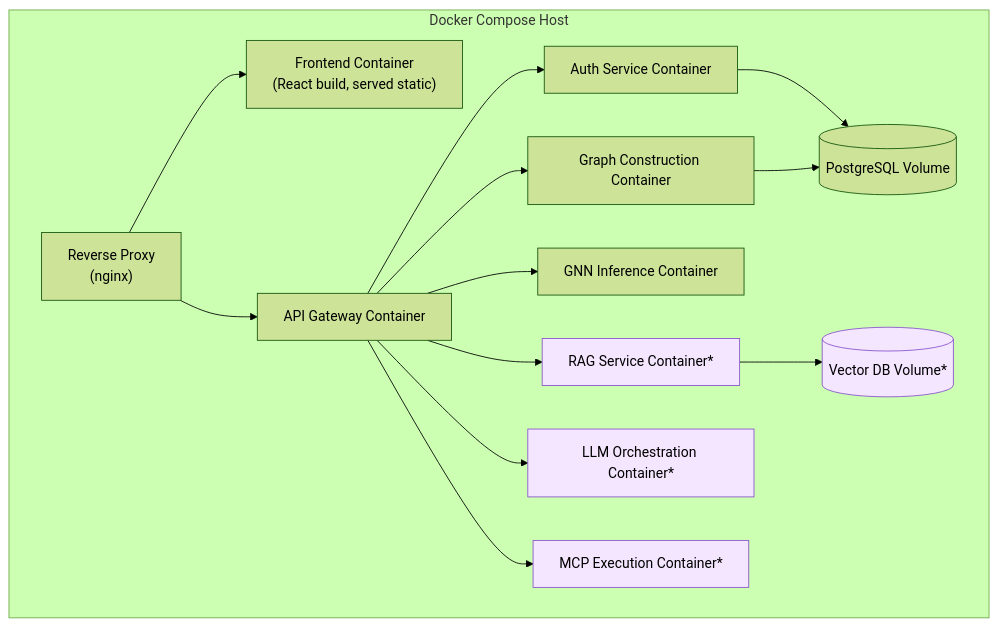
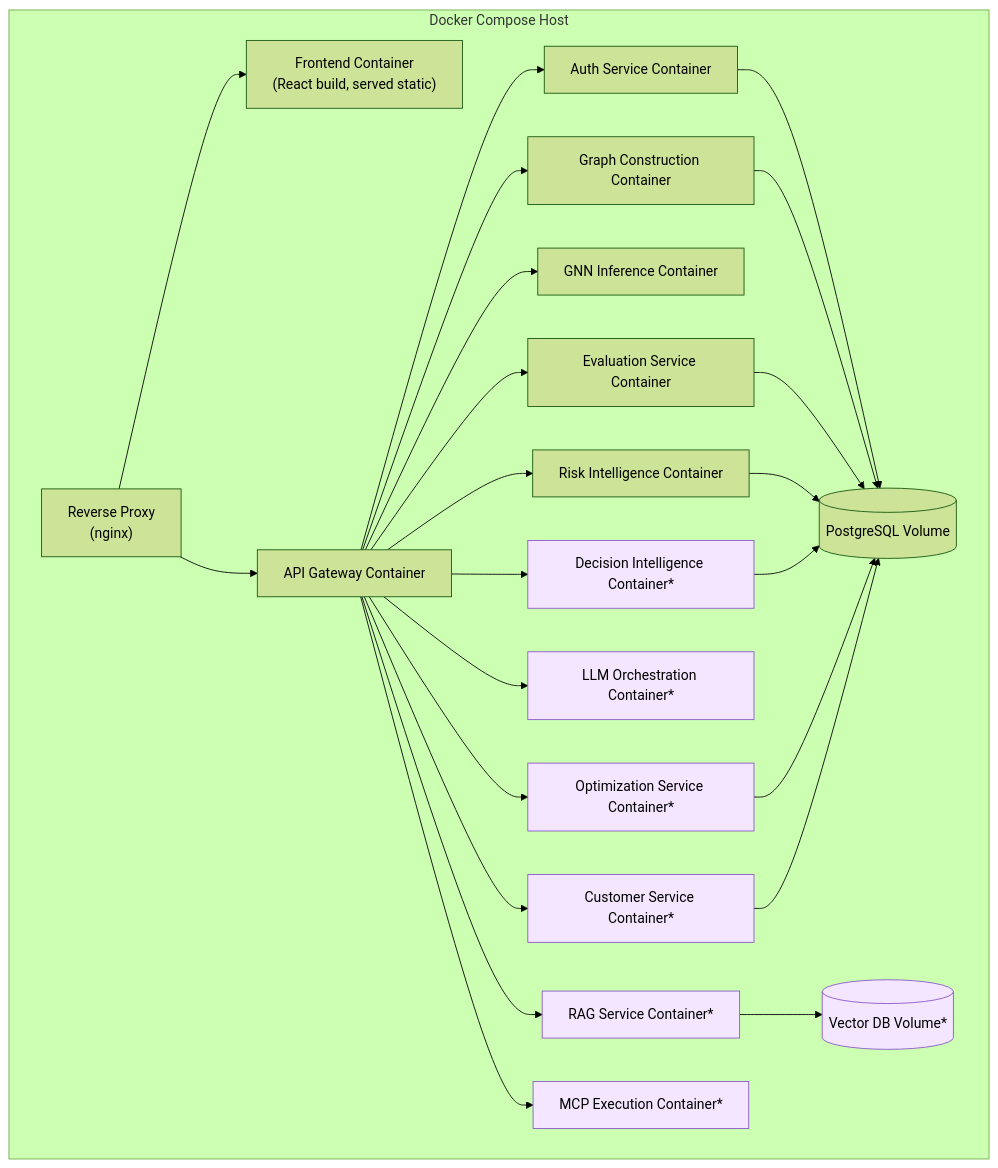
One commit to murali-ftw/ChainPilot changed the second of 2 diagrams in docs/02_Technical_Requirement_Specification.md. Above: the diagram before and after it, drawn with Mermaid (forest theme). The commit also changed other lines of this file and 17 other files, not shown here.

````diff
--- a/docs/02_Technical_Requirement_Specification.md
+++ b/docs/02_Technical_Requirement_Specification.md
@@ -155,31 +186,46 @@
 ```mermaid
 flowchart TB
     subgraph Host["Docker Compose Host"]
         NGINX["Reverse Proxy\n(nginx)"]
         FEC["Frontend Container\n(React build, served static)"]
         GWC["API Gateway Container"]
         AUTHC["Auth Service Container"]
         GCSC["Graph Construction Container"]
         GNNC["GNN Inference Container"]
+        EVALC["Evaluation Service Container"]
+        RISKINTC["Risk Intelligence Container"]
         RAGC["RAG Service Container*"]
         LLMC["LLM Orchestration Container*"]
+        DECISIONC["Decision Intelligence Container*"]
+        OPTC["Optimization Service Container*"]
+        CUSTC["Customer Service Container*"]
         MCPC["MCP Execution Container*"]
         PGC[("PostgreSQL Volume")]
         VECC[("Vector DB Volume*")]
     end
 
     NGINX --> FEC
     NGINX --> GWC
     GWC --> AUTHC
     GWC --> GCSC
     GWC --> GNNC
+    GWC --> EVALC
+    GWC --> RISKINTC
     GWC --> RAGC
     GWC --> LLMC
+    GWC --> DECISIONC
+    GWC --> OPTC
+    GWC --> CUSTC
     GWC --> MCPC
     AUTHC --> PGC
     GCSC --> PGC
+    EVALC --> PGC
+    RISKINTC --> PGC
     RAGC --> VECC
+    DECISIONC --> PGC
+    OPTC --> PGC
+    CUSTC --> PGC
 
     classDef phase2 fill:#f5e6ff,stroke:#8855cc;
-    class RAGC,LLMC,MCPC,VECC phase2;
+    class RAGC,LLMC,DECISIONC,OPTC,CUSTC,MCPC,VECC phase2;
 ```
````
